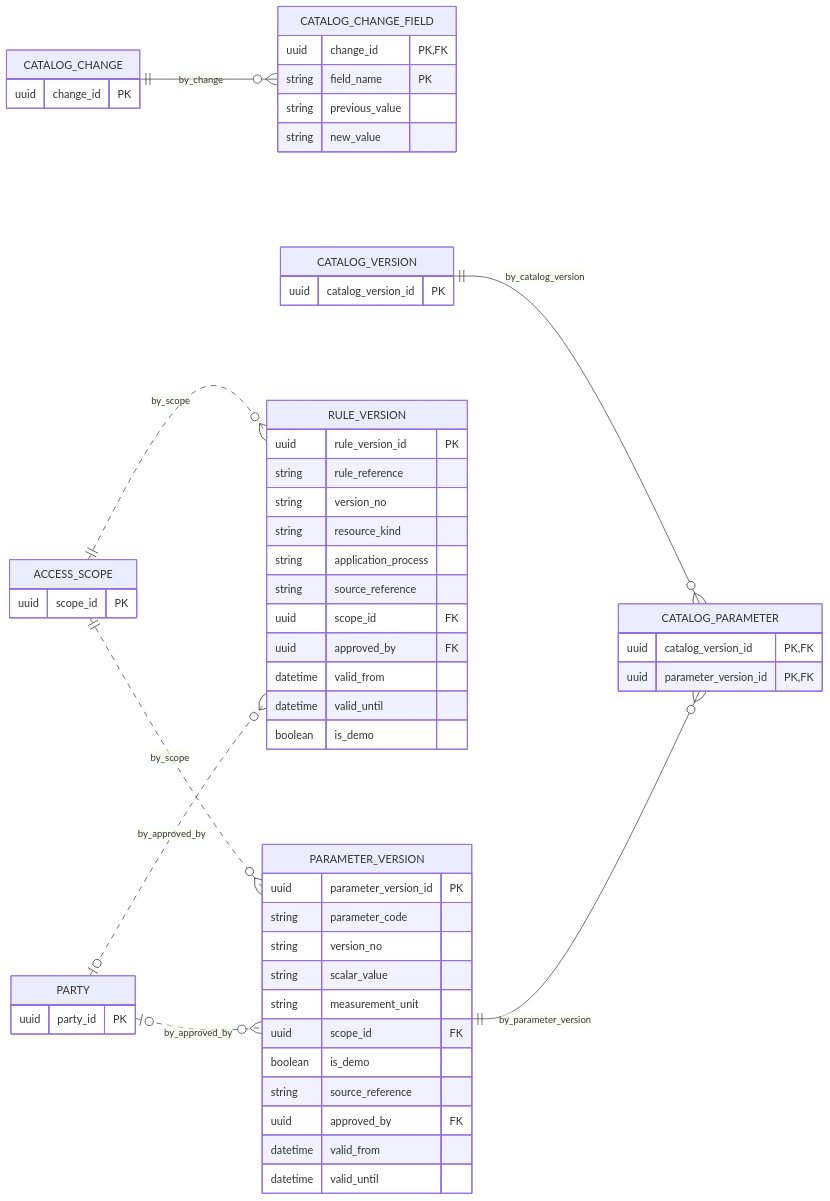
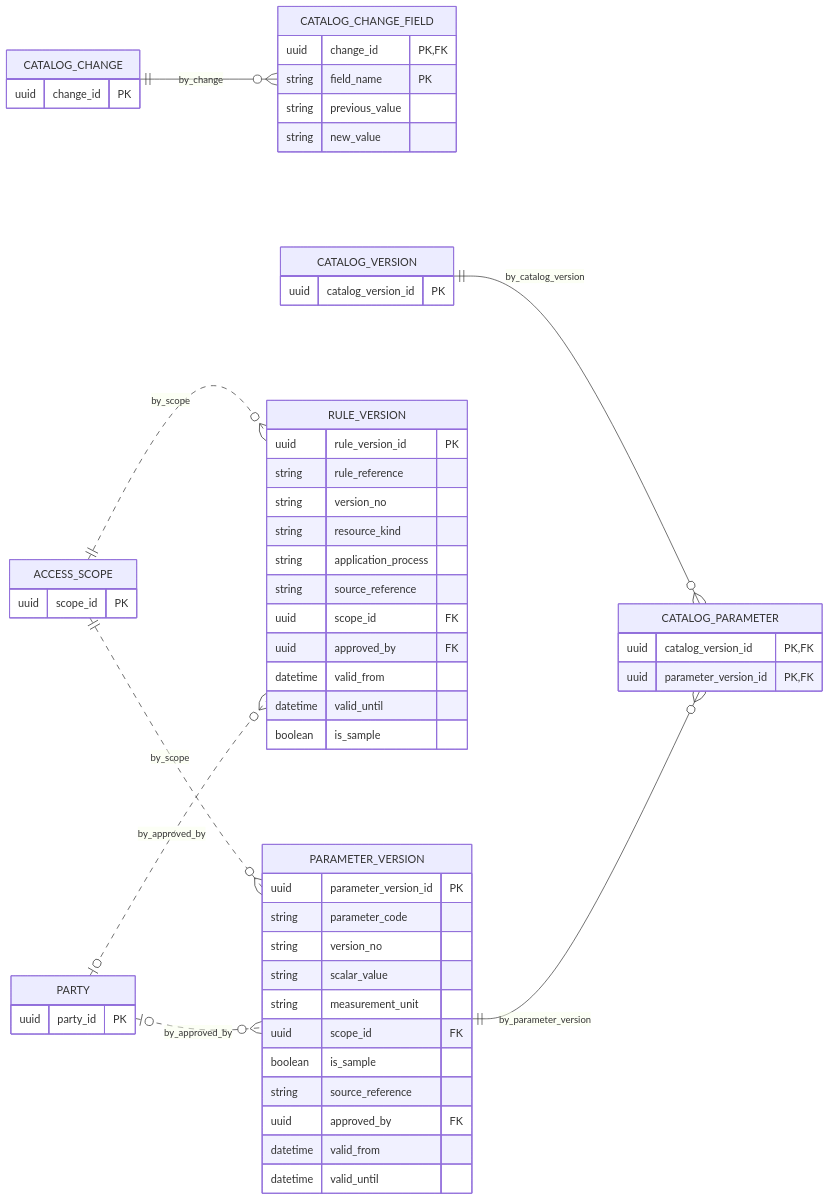
One commit to victor-berlanga/Red-House changed the seventh of 36 diagrams in documentation/database-diagrams/Modelo_4FN.md. Above: the diagram before and after it, drawn with Mermaid. The commit also changed other lines of this file and 574 other files, not shown here.

````diff
--- a/documentation/database-diagrams/Modelo_4FN.md
+++ b/documentation/database-diagrams/Modelo_4FN.md
@@ -519,59 +519,59 @@
 ```mermaid
 erDiagram
     direction LR
     catalogChangeField["CATALOG_CHANGE_FIELD"] {
         uuid change_id PK, FK
         string field_name PK
         string previous_value
         string new_value
     }
     parameterVersion["PARAMETER_VERSION"] {
         uuid parameter_version_id PK
         string parameter_code
         string version_no
         string scalar_value
         string measurement_unit
         uuid scope_id FK
-        boolean is_demo
+        boolean is_sample
         string source_reference
         uuid approved_by FK
         datetime valid_from
         datetime valid_until
     }
     catalogParameter["CATALOG_PARAMETER"] {
         uuid catalog_version_id PK, FK
         uuid parameter_version_id PK, FK
     }
     ruleVersion["RULE_VERSION"] {
         uuid rule_version_id PK
         string rule_reference
         string version_no
         string resource_kind
         string application_process
         string source_reference
         uuid scope_id FK
         uuid approved_by FK
         datetime valid_from
         datetime valid_until
-        boolean is_demo
+        boolean is_sample
     }
     catalogChange["CATALOG_CHANGE"] {
         uuid change_id PK
     }
     accessScope["ACCESS_SCOPE"] {
         uuid scope_id PK
     }
     party["PARTY"] {
         uuid party_id PK
     }
     catalogVersion["CATALOG_VERSION"] {
         uuid catalog_version_id PK
     }
     catalogChange ||--o{ catalogChangeField : by_change
     accessScope ||..o{ parameterVersion : by_scope
     party o|..o{ parameterVersion : by_approved_by
     catalogVersion ||--o{ catalogParameter : by_catalog_version
     parameterVersion ||--o{ catalogParameter : by_parameter_version
     accessScope ||..o{ ruleVersion : by_scope
     party o|..o{ ruleVersion : by_approved_by
 ```
````
